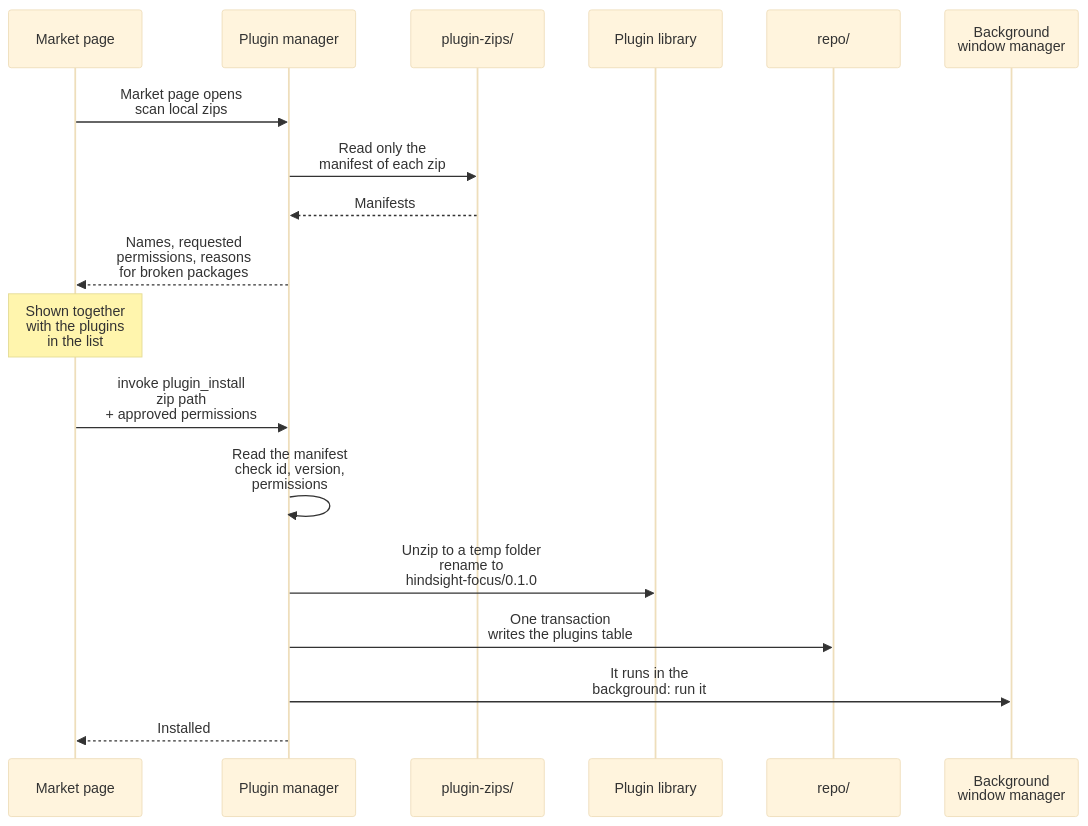
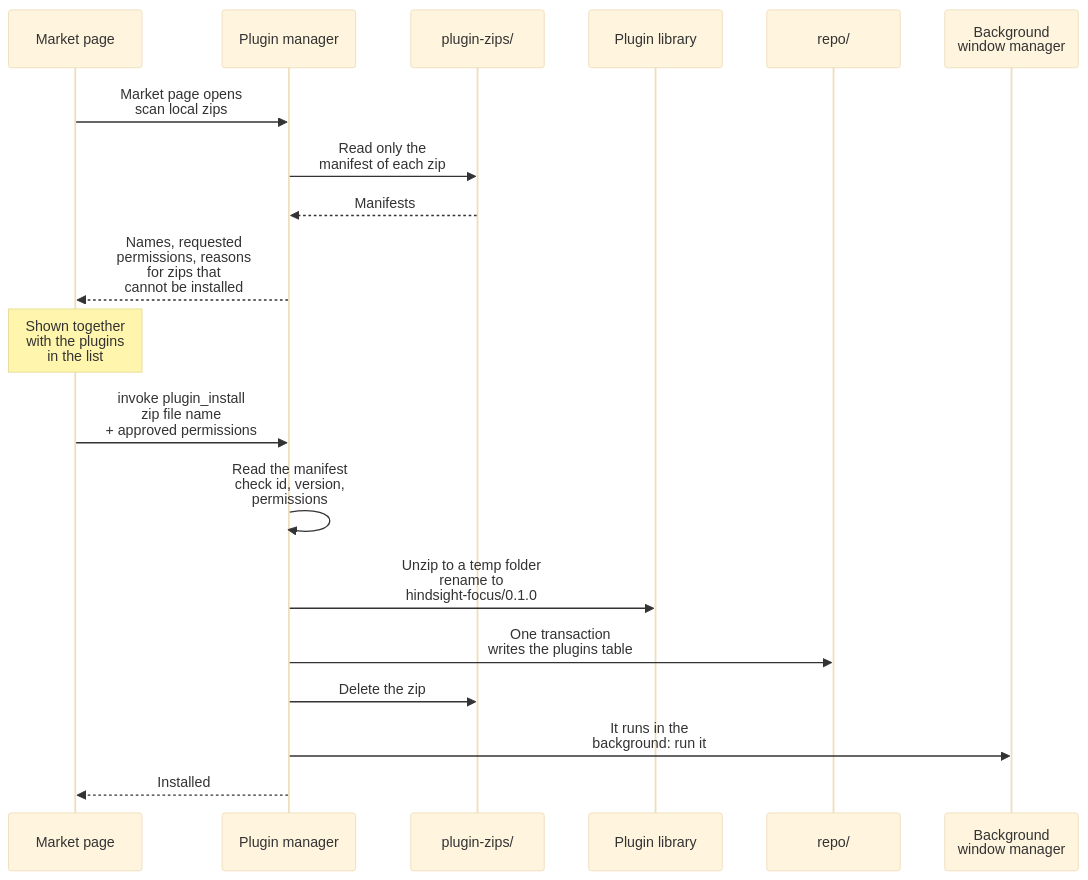
Before and after one commit to Tomotsugu-dev/Hindsight: the second of 3 diagrams in docs/design/plugins/en/install.md, drawn with Mermaid (base theme). The commit also changed other lines of this file and 1 other file, not shown here.

First line of the commit message:
docs(plugins): describe deleting the zip after a local install

````diff
--- a/docs/design/plugins/en/install.md
+++ b/docs/design/plugins/en/install.md
@@ -47,20 +47,21 @@
 ```mermaid
 sequenceDiagram
   participant M as Market page
   participant G as Plugin manager
   participant Z as plugin-zips/
   participant D as Plugin library
   participant R as repo/
   participant W as Background<br/>window manager
   M->>G: Market page opens<br/>scan local zips
   G->>Z: Read only the<br/>manifest of each zip
   Z-->>G: Manifests
-  G-->>M: Names, requested<br/>permissions, reasons<br/>for broken packages
+  G-->>M: Names, requested<br/>permissions, reasons<br/>for zips that<br/>cannot be installed
   Note over M: Shown together<br/>with the plugins<br/>in the list
-  M->>G: invoke plugin_install<br/>zip path<br/>+ approved permissions
+  M->>G: invoke plugin_install<br/>zip file name<br/>+ approved permissions
   G->>G: Read the manifest<br/>check id, version,<br/>permissions
   G->>D: Unzip to a temp folder<br/>rename to<br/>hindsight-focus/0.1.0
   G->>R: One transaction<br/>writes the plugins table
+  G->>Z: Delete the zip
   G->>W: It runs in the<br/>background: run it
   G-->>M: Installed
 ```
````
